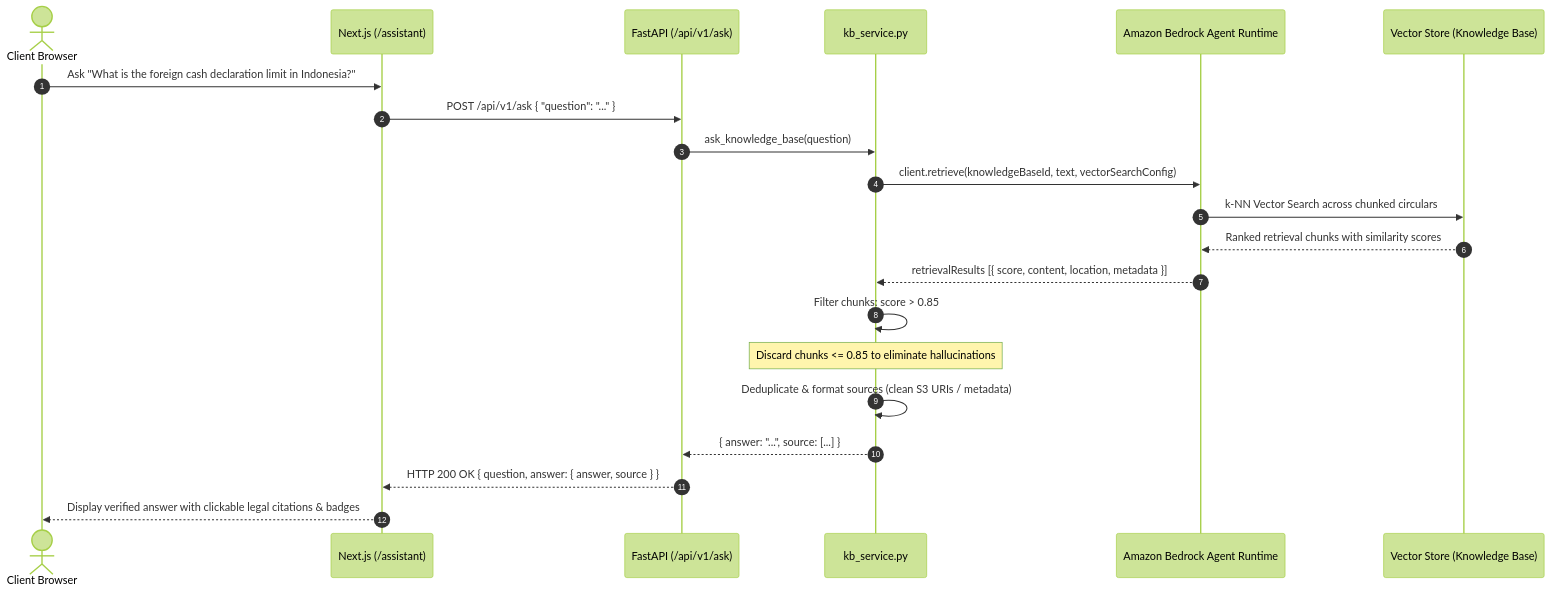
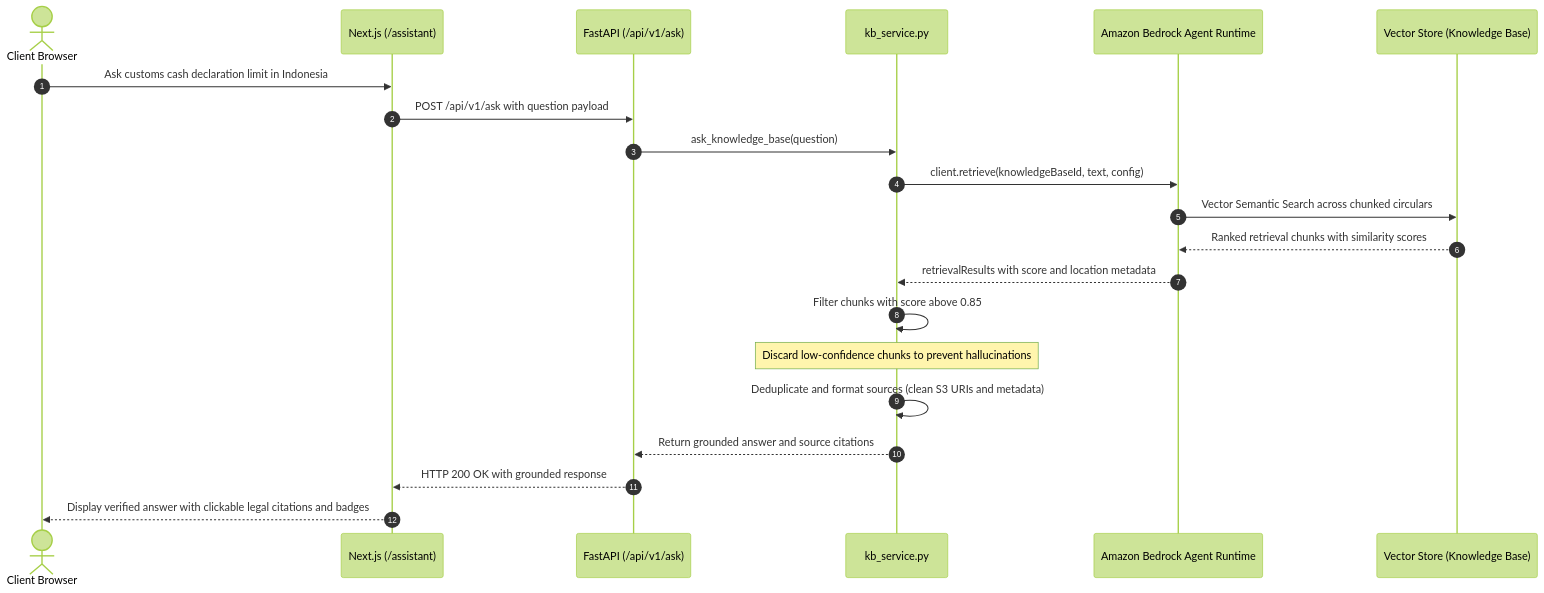
The third of 3 diagrams in docs/architecture.md (azkaihsan/kelana-ai), drawn with Mermaid (forest theme) before and after one commit. The commit also changed other lines of this file and 1 other file, not shown here.

Commit message:
Fix Mermaid diagram syntax in architecture and roadmap docs

````diff
--- a/docs/architecture.md
+++ b/docs/architecture.md
@@ -154,25 +154,25 @@
 ```mermaid
 sequenceDiagram
     autonumber
     actor User as Client Browser
     participant FE as Next.js (/assistant)
     participant API as FastAPI (/api/v1/ask)
     participant KB as kb_service.py
     participant BedrockKB as Amazon Bedrock Agent Runtime
     participant VectorStore as Vector Store (Knowledge Base)
 
-    User->>FE: Ask "What is the foreign cash declaration limit in Indonesia?"
-    FE->>API: POST /api/v1/ask { "question": "..." }
+    User->>FE: Ask customs cash declaration limit in Indonesia
+    FE->>API: POST /api/v1/ask with question payload
     API->>KB: ask_knowledge_base(question)
-    KB->>BedrockKB: client.retrieve(knowledgeBaseId, text, vectorSearchConfig)
-    BedrockKB->>VectorStore: k-NN Vector Search across chunked circulars
+    KB->>BedrockKB: client.retrieve(knowledgeBaseId, text, config)
+    BedrockKB->>VectorStore: Vector Semantic Search across chunked circulars
     VectorStore-->>BedrockKB: Ranked retrieval chunks with similarity scores
-    BedrockKB-->>KB: retrievalResults [{ score, content, location, metadata }]
+    BedrockKB-->>KB: retrievalResults with score and location metadata
     
-    KB->>KB: Filter chunks: score > 0.85
-    Note over KB: Discard chunks <= 0.85 to eliminate hallucinations
-    KB->>KB: Deduplicate & format sources (clean S3 URIs / metadata)
-    KB-->>API: { answer: "...", source: [...] }
-    API-->>FE: HTTP 200 OK { question, answer: { answer, source } }
-    FE-->>User: Display verified answer with clickable legal citations & badges
+    KB->>KB: Filter chunks with score above 0.85
+    Note over KB: Discard low-confidence chunks to prevent hallucinations
+    KB->>KB: Deduplicate and format sources (clean S3 URIs and metadata)
+    KB-->>API: Return grounded answer and source citations
+    API-->>FE: HTTP 200 OK with grounded response
+    FE-->>User: Display verified answer with clickable legal citations and badges
 ```
````
